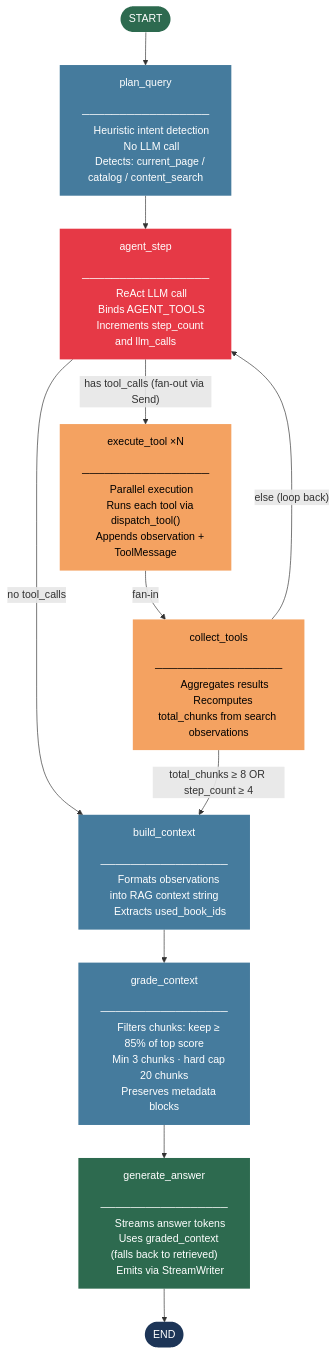
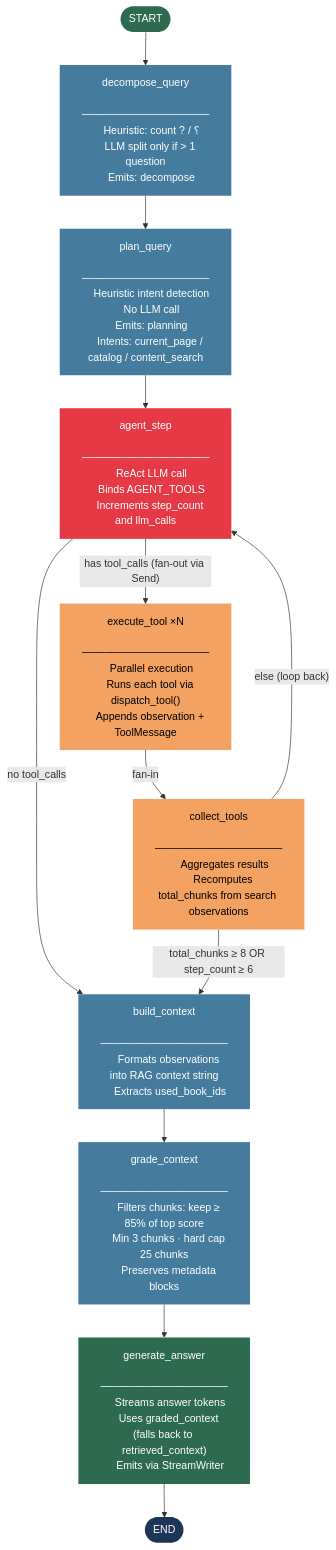
The diagram in docs/feature/integrate-lang-graph/LANGGRAPH_GRAPH_DIAGRAM.md (Kitabim-AI/kitabim-ai), drawn with Mermaid before and after one commit. The commit also changed other lines of this file and 88 other files, not shown here.

````diff
--- a/docs/feature/integrate-lang-graph/LANGGRAPH_GRAPH_DIAGRAM.md
+++ b/docs/feature/integrate-lang-graph/LANGGRAPH_GRAPH_DIAGRAM.md
@@ -5,70 +5,80 @@
 ```mermaid
 flowchart TD
-    START([START]) --> plan_query
+    START([START]) --> decompose_query
+
+    decompose_query["decompose_query
+    ─────────────────
+    Heuristic: count ? / ؟
+    LLM split only if > 1 question
+    Emits: decompose"]
+
+    decompose_query --> plan_query
 
     plan_query["plan_query
     ─────────────────
     Heuristic intent detection
     No LLM call
-    Detects: current_page / catalog / content_search"]
+    Emits: planning
+    Intents: current_page / catalog / content_search"]
 
     plan_query --> agent_step
 
     agent_step["agent_step
     ─────────────────
     ReAct LLM call
     Binds AGENT_TOOLS
     Increments step_count and llm_calls"]
 
     agent_step -->|"has tool_calls (fan-out via Send)"| execute_tool
     agent_step -->|"no tool_calls"| build_context
 
     execute_tool["execute_tool ×N
     ─────────────────
     Parallel execution
     Runs each tool via dispatch_tool()
     Appends observation + ToolMessage"]
 
     execute_tool -->|fan-in| collect_tools
 
     collect_tools["collect_tools
     ─────────────────
     Aggregates results
     Recomputes total_chunks from search observations"]
 
-    collect_tools -->|"total_chunks ≥ 8 OR step_count ≥ 4"| build_context
+    collect_tools -->|"total_chunks ≥ 8 OR step_count ≥ 6"| build_context
     collect_tools -->|"else (loop back)"| agent_step
 
     build_context["build_context
     ─────────────────
     Formats observations into RAG context string
     Extracts used_book_ids"]
 
     build_context --> grade_context
 
     grade_context["grade_context
     ─────────────────
     Filters chunks: keep ≥ 85% of top score
-    Min 3 chunks · hard cap 20 chunks
+    Min 3 chunks · hard cap 25 chunks
     Preserves metadata blocks"]
 
     grade_context --> generate_answer
 
     generate_answer["generate_answer
     ─────────────────
     Streams answer tokens
-    Uses graded_context (falls back to retrieved)
+    Uses graded_context (falls back to retrieved_context)
     Emits via StreamWriter"]
 
     generate_answer --> END_NODE([END])
 
     style START fill:#2d6a4f,color:#fff,stroke:none
     style END_NODE fill:#1d3557,color:#fff,stroke:none
+    style decompose_query fill:#457b9d,color:#fff,stroke:none
     style plan_query fill:#457b9d,color:#fff,stroke:none
     style agent_step fill:#e63946,color:#fff,stroke:none
     style execute_tool fill:#f4a261,color:#000,stroke:none
     style collect_tools fill:#f4a261,color:#000,stroke:none
     style build_context fill:#457b9d,color:#fff,stroke:none
     style grade_context fill:#457b9d,color:#fff,stroke:none
     style generate_answer fill:#2d6a4f,color:#fff,stroke:none
 ```
````
